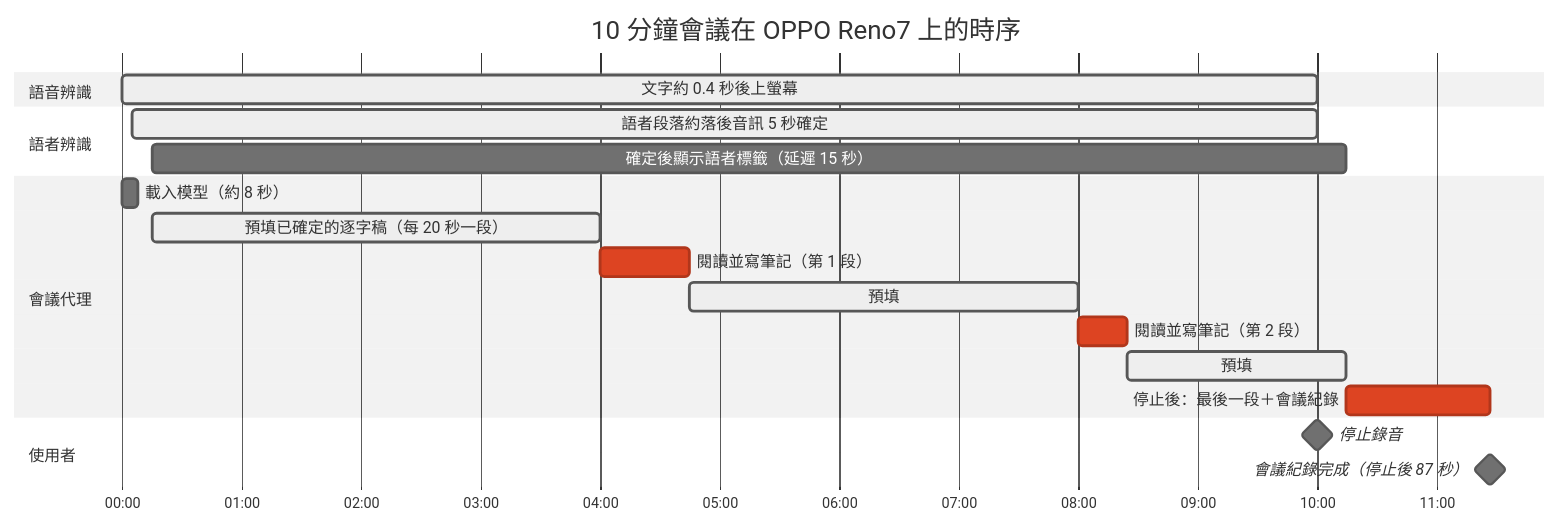
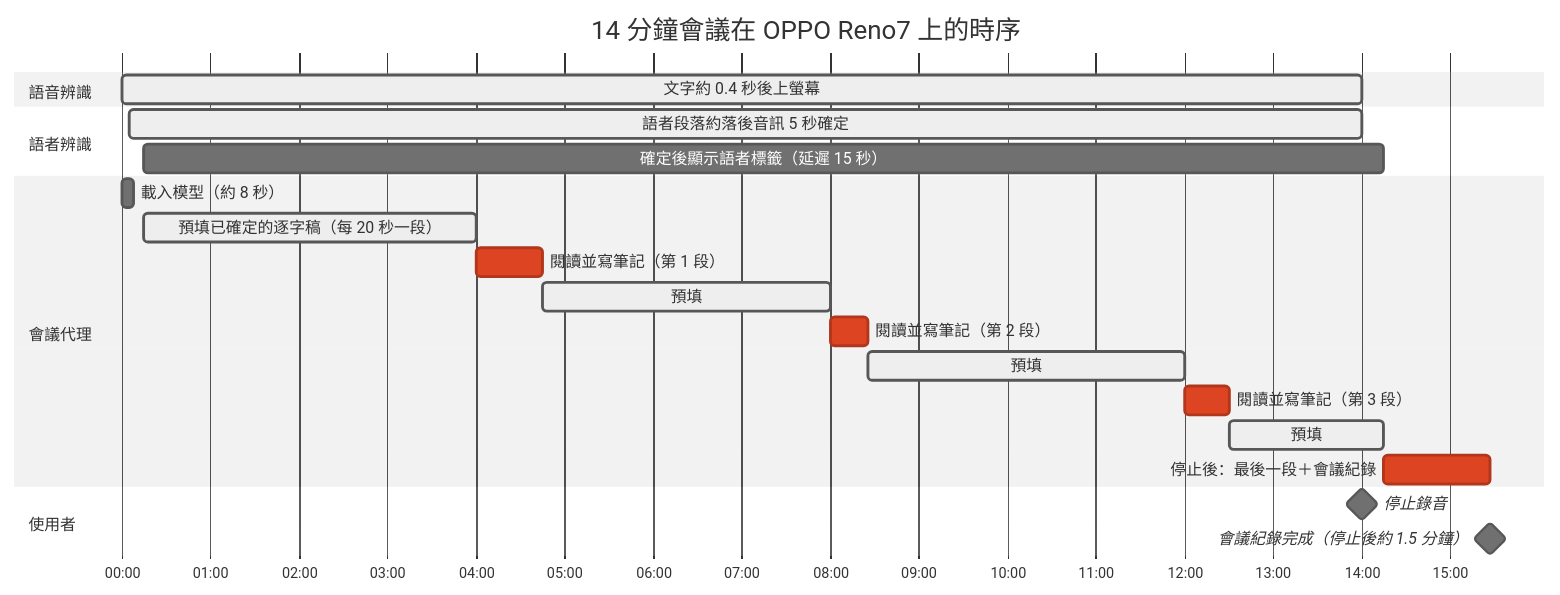
Before and after one commit to vieenrose/VoxSum: the diagram in README.zh-TW.md, drawn with Mermaid (neutral theme). The commit also changed 1 other file, not shown here.

Commit message:
docs(readme): timing diagram with three full windows + the last one
Claude-Session: https://claude.ai/code/session_013ipgWedcCY7qR4GAAW6oQe

````diff
--- a/README.zh-TW.md
+++ b/README.zh-TW.md
@@ -135,22 +135,24 @@
 ```mermaid
 gantt
-    title 10 分鐘會議在 OPPO Reno7 上的時序
+    title 14 分鐘會議在 OPPO Reno7 上的時序
     dateFormat mm:ss
     axisFormat %M:%S
     section 語音辨識
-    文字約 0.4 秒後上螢幕   :active, a1, 00:00, 10:00
+    文字約 0.4 秒後上螢幕                   :active, a1, 00:00, 14:00
     section 語者辨識
-    語者段落約落後音訊 5 秒確定             :active, d1, 00:05, 10:00
-    確定後顯示語者標籤（延遲 15 秒）   :d2, 00:15, 10:15
+    語者段落約落後音訊 5 秒確定             :active, d1, 00:05, 14:00
+    確定後顯示語者標籤（延遲 15 秒）        :d2, 00:15, 14:15
     section 會議代理
-    載入模型（約 8 秒）                               :g0, 00:00, 00:08
-    預填已確定的逐字稿（每 20 秒一段）           :active, g1, 00:15, 04:00
-    閱讀並寫筆記（第 1 段）                :crit, g2, 04:00, 04:45
-    預填 :active, g3, 04:45, 08:00
-    閱讀並寫筆記（第 2 段）                :crit, g4, 08:00, 08:25
-    預填 :active, g5, 08:25, 10:15
-    停止後：最後一段＋會議紀錄           :crit, g6, 10:15, 11:27
+    載入模型（約 8 秒）                     :g0, 00:00, 00:08
+    預填已確定的逐字稿（每 20 秒一段）      :active, g1, 00:15, 04:00
+    閱讀並寫筆記（第 1 段）                 :crit, g2, 04:00, 04:45
+    預填                                    :active, g3, 04:45, 08:00
+    閱讀並寫筆記（第 2 段）                 :crit, g4, 08:00, 08:25
+    預填                                    :active, g5, 08:25, 12:00
+    閱讀並寫筆記（第 3 段）                 :crit, g6, 12:00, 12:30
+    預填                                    :active, g7, 12:30, 14:15
+    停止後：最後一段＋會議紀錄              :crit, g8, 14:15, 15:27
     section 使用者
-    停止錄音                                  :milestone, m1, 10:00, 0s
-    會議紀錄完成（停止後 87 秒）             :milestone, m2, 11:27, 0s
+    停止錄音                                :milestone, m1, 14:00, 0s
+    會議紀錄完成（停止後約 1.5 分鐘）       :milestone, m2, 15:27, 0s
 ```
````
